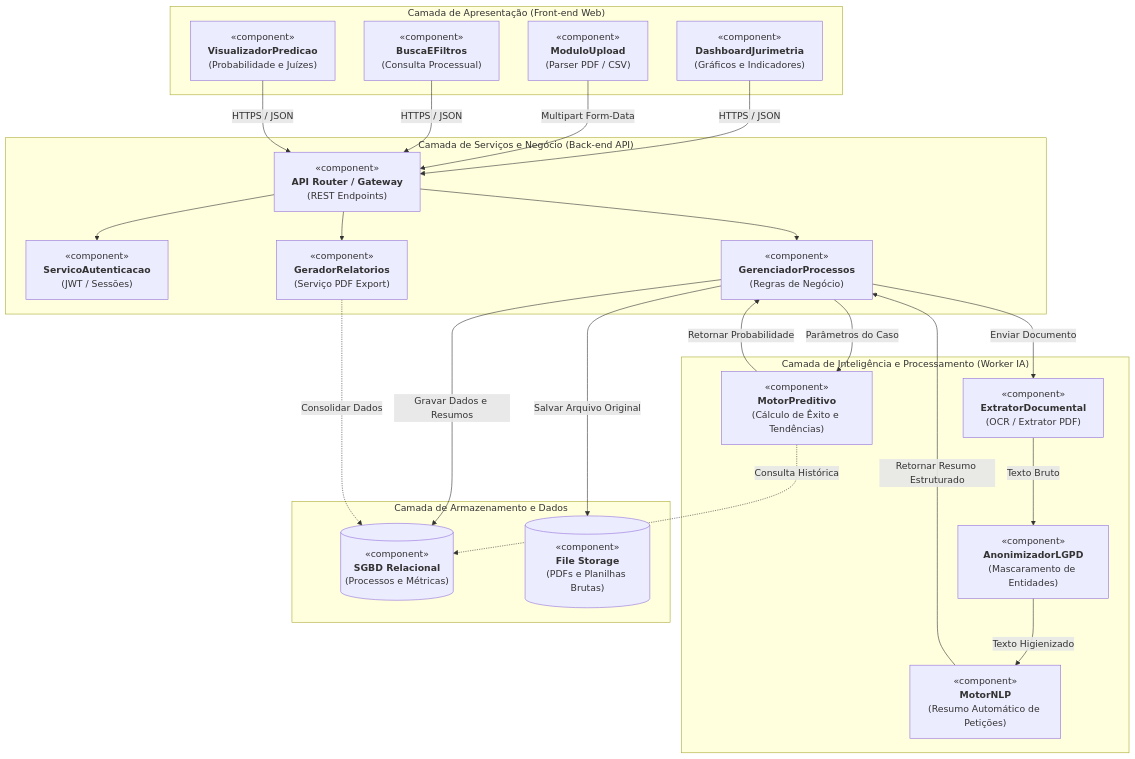
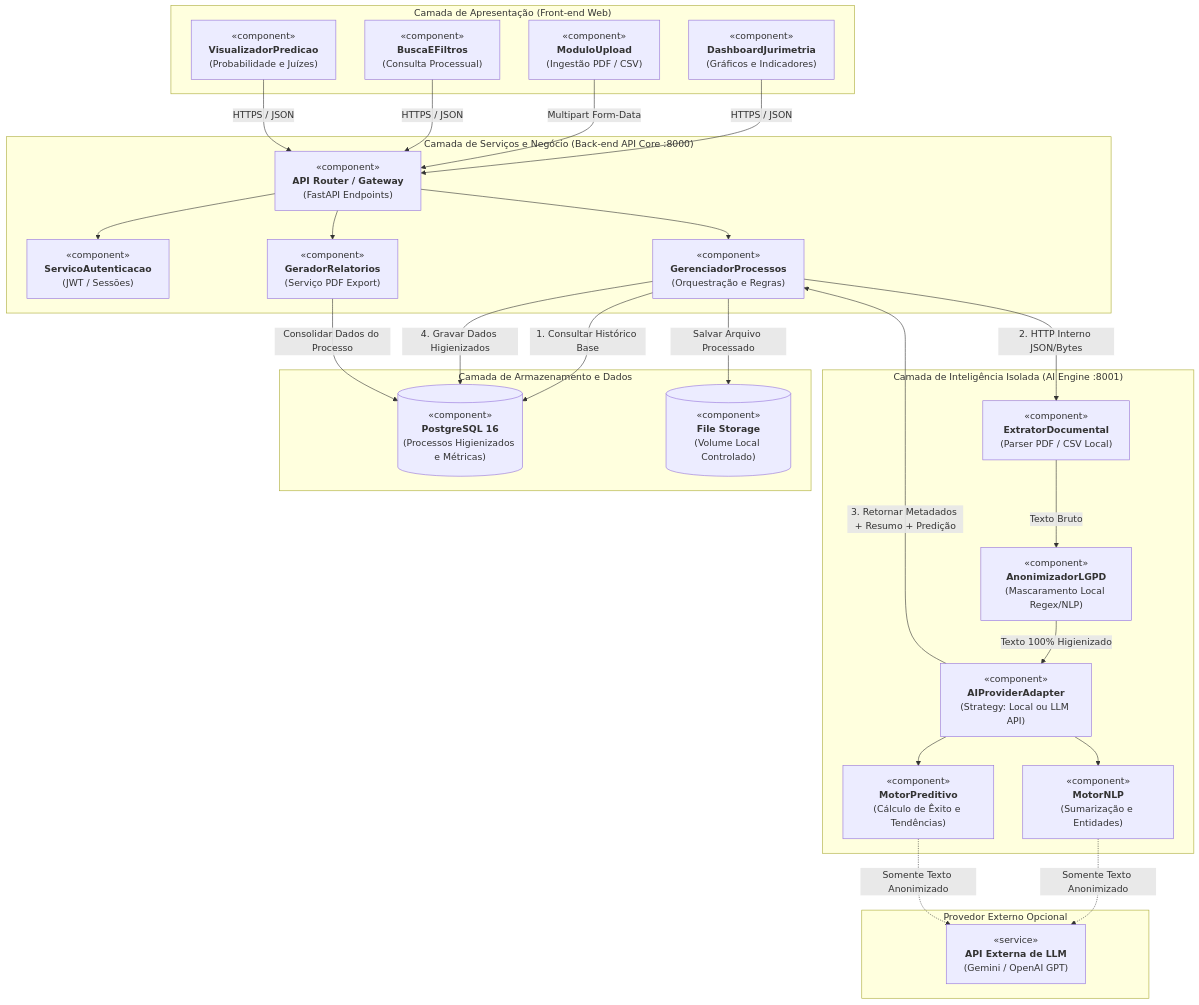
One commit to g4brielsiq/JuriVision changed the first of 3 diagrams in ARCHITECTURE.md. Above: the diagram before and after it, drawn with Mermaid. The commit also changed other lines of this file and 8 other files, not shown here.

Commit message:
docs(arquitetura): consolidar baseline ISO 42010, IRP ISO 29148, UML 2.5 e auditoria UX/WCAG

````diff
--- a/ARCHITECTURE.md
+++ b/ARCHITECTURE.md
@@ -76,50 +123,56 @@
 ```mermaid
 flowchart TB
     subgraph Cliente [" Camada de Apresentação (Front-end Web) "]
         UI_Dash["«component»<br/><b>DashboardJurimetria</b><br/>(Gráficos e Indicadores)"]
-        UI_Upload["«component»<br/><b>ModuloUpload</b><br/>(Parser PDF / CSV)"]
+        UI_Upload["«component»<br/><b>ModuloUpload</b><br/>(Ingestão PDF / CSV)"]
         UI_Filtros["«component»<br/><b>BuscaEFiltros</b><br/>(Consulta Processual)"]
         UI_Pred["«component»<br/><b>VisualizadorPredicao</b><br/>(Probabilidade e Juízes)"]
     end
 
-    subgraph Backend [" Camada de Serviços e Negócio (Back-end API) "]
-        API_Gateway["«component»<br/><b>API Router / Gateway</b><br/>(REST Endpoints)"]
+    subgraph Backend [" Camada de Serviços e Negócio (Back-end API Core :8000) "]
+        API_Gateway["«component»<br/><b>API Router / Gateway</b><br/>(FastAPI Endpoints)"]
         Auth_Service["«component»<br/><b>ServicoAutenticacao</b><br/>(JWT / Sessões)"]
-        Process_Manager["«component»<br/><b>GerenciadorProcessos</b><br/>(Regras de Negócio)"]
+        Process_Manager["«component»<br/><b>GerenciadorProcessos</b><br/>(Orquestração e Regras)"]
         Report_Gen["«component»<br/><b>GeradorRelatorios</b><br/>(Serviço PDF Export)"]
     end
 
-    subgraph ModuloIA [" Camada de Inteligência e Processamento (Worker IA) "]
-        Doc_Parser["«component»<br/><b>ExtratorDocumental</b><br/>(OCR / Extrator PDF)"]
-        LGPD_Engine["«component»<br/><b>AnonimizadorLGPD</b><br/>(Mascaramento de Entidades)"]
-        NLP_Summarizer["«component»<br/><b>MotorNLP</b><br/>(Resumo Automático de Petições)"]
+    subgraph ModuloIA [" Camada de Inteligência Isolada (AI Engine :8001) "]
+        Doc_Parser["«component»<br/><b>ExtratorDocumental</b><br/>(Parser PDF / CSV Local)"]
+        LGPD_Engine["«component»<br/><b>AnonimizadorLGPD</b><br/>(Mascaramento Local Regex/NLP)"]
+        AI_Adapter["«component»<br/><b>AIProviderAdapter</b><br/>(Strategy: Local ou LLM API)"]
+        NLP_Summarizer["«component»<br/><b>MotorNLP</b><br/>(Sumarização e Entidades)"]
         Predictive_Engine["«component»<br/><b>MotorPreditivo</b><br/>(Cálculo de Êxito e Tendências)"]
     end
 
+    subgraph External_AI [" Provedor Externo Opcional "]
+        LLM_API["«service»<br/><b>API Externa de LLM</b><br/>(Gemini / OpenAI GPT)"]
+    end
+
     subgraph Persistencia [" Camada de Armazenamento e Dados "]
-        DB_Relacional[("«component»<br/><b>SGBD Relacional</b><br/>(Processos e Métricas)")]
-        Storage_Docs[("«component»<br/><b>File Storage</b><br/>(PDFs e Planilhas Brutas)")]
+        DB_Relacional[("«component»<br/><b>PostgreSQL 16</b><br/>(Processos Higienizados e Métricas)")]
+        Storage_Docs[("«component»<br/><b>File Storage</b><br/>(Volume Local Controlado)")]
     end
 
     UI_Dash -->|HTTPS / JSON| API_Gateway
     UI_Upload -->|Multipart Form-Data| API_Gateway
     UI_Filtros -->|HTTPS / JSON| API_Gateway
     UI_Pred -->|HTTPS / JSON| API_Gateway
 
     API_Gateway --> Auth_Service
     API_Gateway --> Process_Manager
     API_Gateway --> Report_Gen
 
-    Process_Manager -->|Enviar Documento| Doc_Parser
+    Process_Manager -->|1. Consultar Histórico Base| DB_Relacional
+    Process_Manager -->|2. HTTP Interno JSON/Bytes| Doc_Parser
     Doc_Parser -->|Texto Bruto| LGPD_Engine
-    LGPD_Engine -->|Texto Higienizado| NLP_Summarizer
-    NLP_Summarizer -->|Retornar Resumo Estruturado| Process_Manager
-    Process_Manager -->|Parâmetros do Caso| Predictive_Engine
-    Predictive_Engine -.->|Consulta Histórica| DB_Relacional
-    Predictive_Engine -->|Retornar Probabilidade| Process_Manager
+    LGPD_Engine -->|Texto 100% Higienizado| AI_Adapter
+    AI_Adapter --> NLP_Summarizer
+    AI_Adapter --> Predictive_Engine
+    NLP_Summarizer -.->|Somente Texto Anonimizado| LLM_API
+    Predictive_Engine -.->|Somente Texto Anonimizado| LLM_API
+    AI_Adapter -->|3. Retornar Metadados + Resumo + Predição| Process_Manager
 
-    Process_Manager -->|Gravar Dados e Resumos| DB_Relacional
-    Process_Manager -->|Salvar Arquivo Original| Storage_Docs
-    Report_Gen -.->|Consolidar Dados| DB_Relacional
-
+    Process_Manager -->|4. Gravar Dados Higienizados| DB_Relacional
+    Process_Manager -->|Salvar Arquivo Processado| Storage_Docs
+    Report_Gen -->|Consolidar Dados do Processo| DB_Relacional
 ```
````
